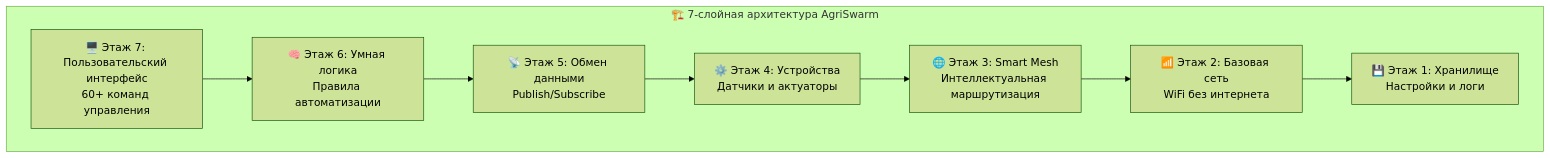
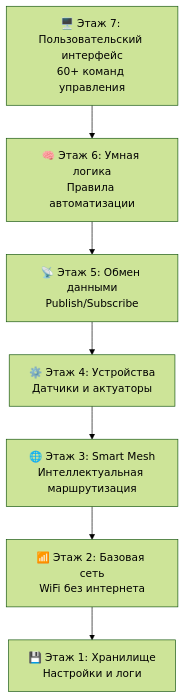
One commit to qagent567/esp_progect_PUB changed the first of 3 diagrams in README.md. Above: the diagram before and after it, drawn with Mermaid (forest theme). The commit also changed other lines of this file, not shown here.

````diff
--- a/README.md
+++ b/README.md
@@ -86,14 +86,17 @@
 ```mermaid
 graph TB
-    subgraph "🏗️ 7-слойная архитектура AgriSwarm"
-        L7["🖥️ Этаж 7: Пользовательский интерфейс<br/>60+ команд управления"]
-        L6["🧠 Этаж 6: Умная логика<br/>Правила автоматизации"]
-        L5["📡 Этаж 5: Обмен данными<br/>Publish/Subscribe"]
-        L4["⚙️ Этаж 4: Устройства<br/>Датчики и актуаторы"]
-        L3["🌐 Этаж 3: Smart Mesh<br/>Интеллектуальная маршрутизация"]
-        L2["📶 Этаж 2: Базовая сеть<br/>WiFi без интернета"]
-        L1["💾 Этаж 1: Хранилище<br/>Настройки и логи"]
-        
-        L7 --> L6 --> L5 --> L4 --> L3 --> L2 --> L1
-    end
+    L7["🖥️ Этаж 7: Пользовательский интерфейс<br/>60+ команд управления"]
+    L6["🧠 Этаж 6: Умная логика<br/>Правила автоматизации"]
+    L5["📡 Этаж 5: Обмен данными<br/>Publish/Subscribe"]
+    L4["⚙️ Этаж 4: Устройства<br/>Датчики и актуаторы"]
+    L3["🌐 Этаж 3: Smart Mesh<br/>Интеллектуальная маршрутизация"]
+    L2["📶 Этаж 2: Базовая сеть<br/>WiFi без интернета"]
+    L1["💾 Этаж 1: Хранилище<br/>Настройки и логи"]
+    
+    L7 --> L6
+    L6 --> L5
+    L5 --> L4
+    L4 --> L3
+    L3 --> L2
+    L2 --> L1
 ```
````
